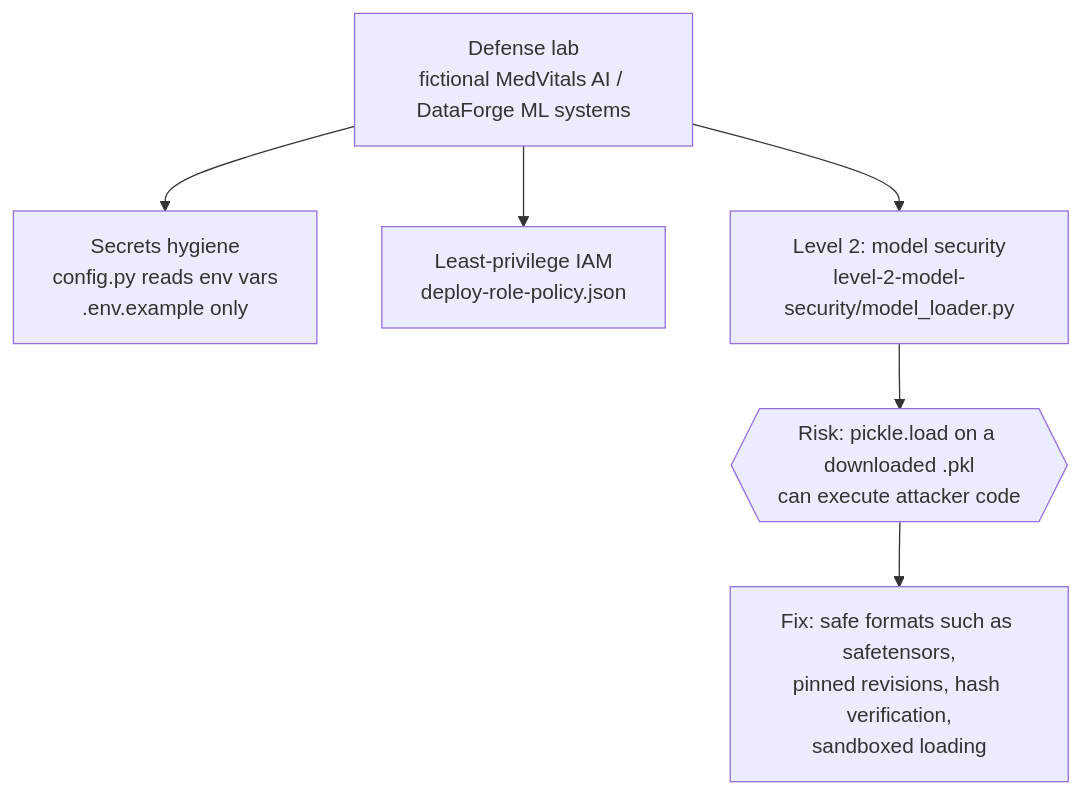
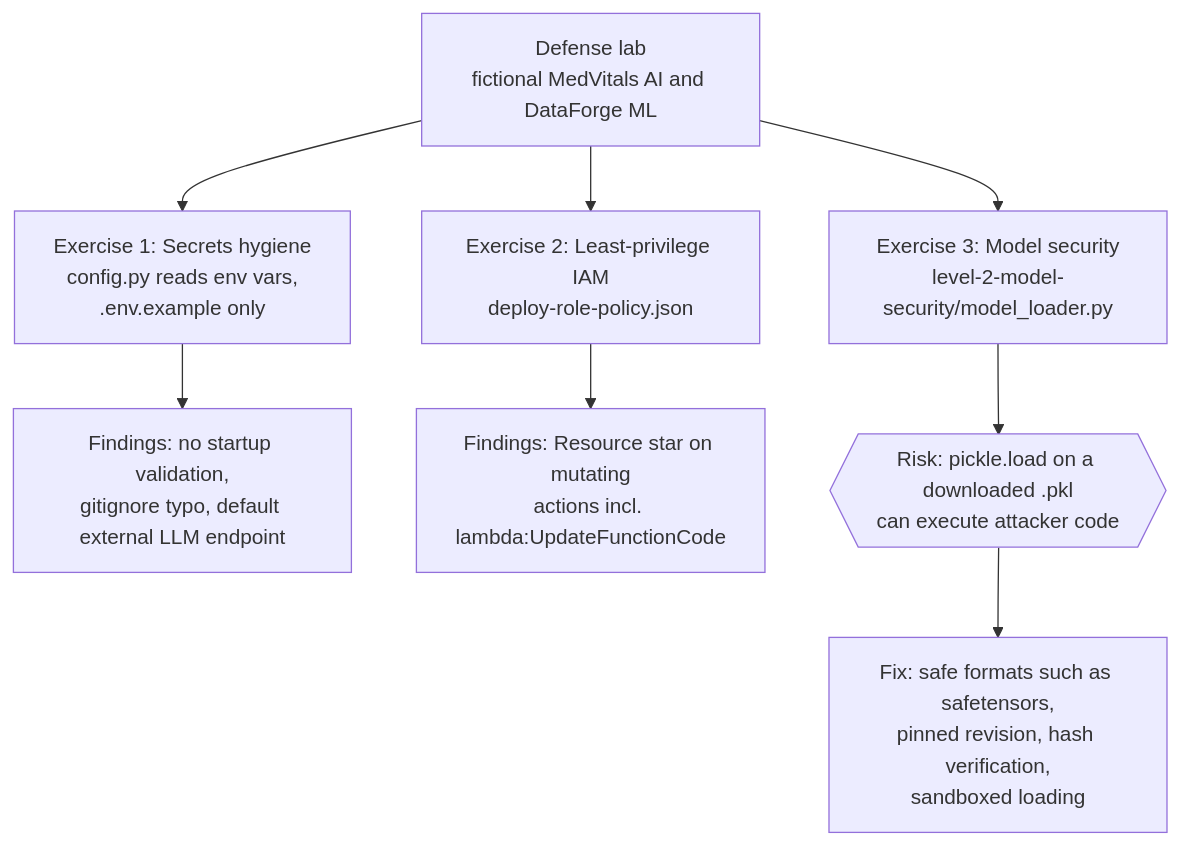
One commit to Dxrksvng/ai-security-defense-lab changed the first of 2 diagrams in README.md. Above: the diagram before and after it, drawn with Mermaid. The commit also changed other lines of this file, not shown here.

Commit message:
docs: rewrite README with architecture, flows and tech stack (#2)

````diff
--- a/README.md
+++ b/README.md
@@ -19,8 +69,10 @@
 ```mermaid
 flowchart TB
-    L["Defense lab\nfictional MedVitals AI / DataForge ML systems"] --> S["Secrets hygiene\nconfig.py reads env vars\n.env.example only"]
-    L --> I["Least-privilege IAM\ndeploy-role-policy.json"]
-    L --> M["Level 2: model security\nlevel-2-model-security/model_loader.py"]
+    L["Defense lab\nfictional MedVitals AI and DataForge ML"] --> S["Exercise 1: Secrets hygiene\nconfig.py reads env vars,\n.env.example only"]
+    L --> I["Exercise 2: Least-privilege IAM\ndeploy-role-policy.json"]
+    L --> M["Exercise 3: Model security\nlevel-2-model-security/model_loader.py"]
+    S --> S2["Findings: no startup validation,\ngitignore typo, default external LLM endpoint"]
+    I --> I2["Findings: Resource star on mutating\nactions incl. lambda:UpdateFunctionCode"]
     M --> R{{"Risk: pickle.load on a downloaded .pkl\ncan execute attacker code"}}
-    R --> F["Fix: safe formats such as safetensors,\npinned revisions, hash verification,\nsandboxed loading"]
+    R --> F["Fix: safe formats such as safetensors,\npinned revision, hash verification,\nsandboxed loading"]
 ```
````
